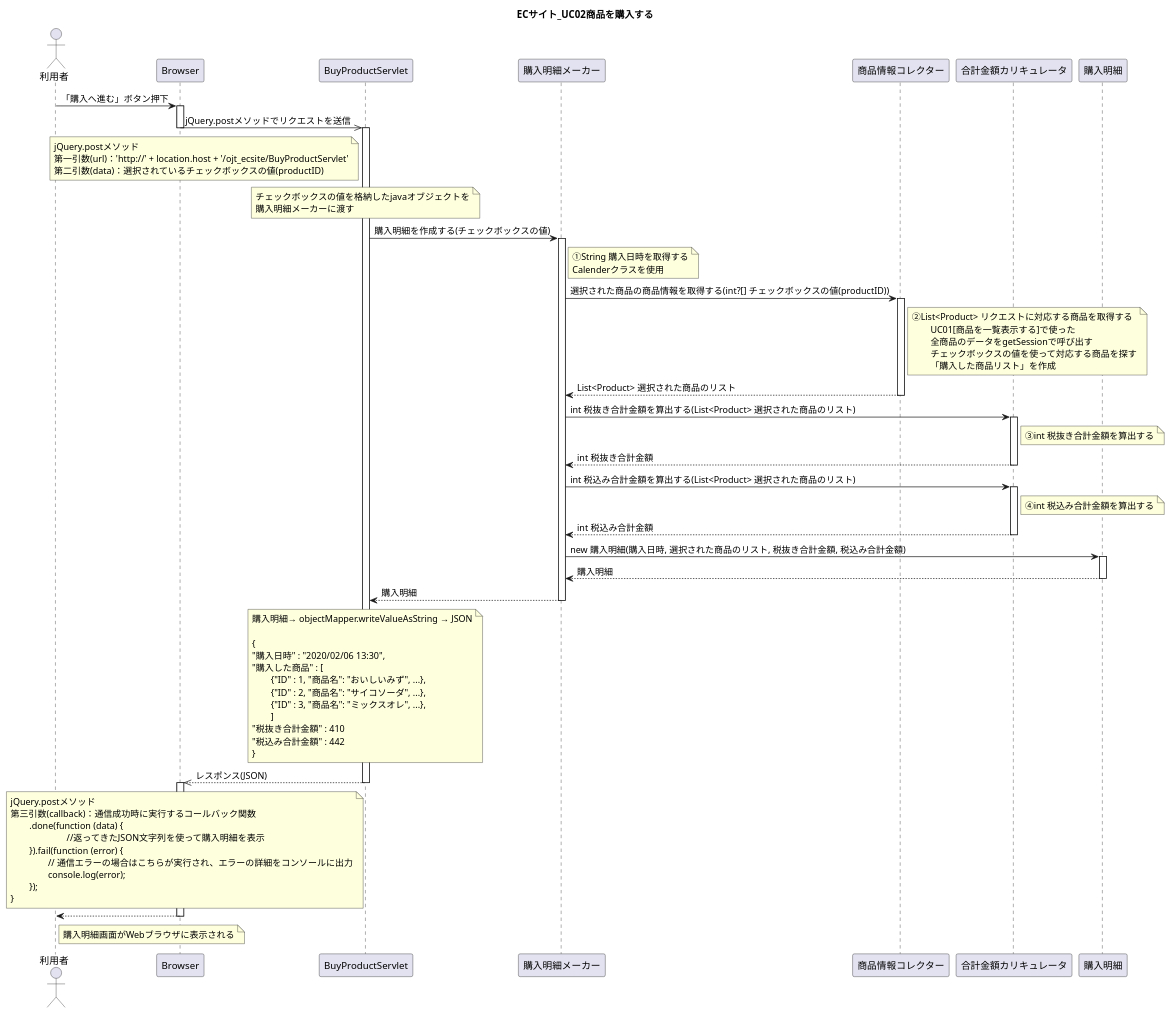
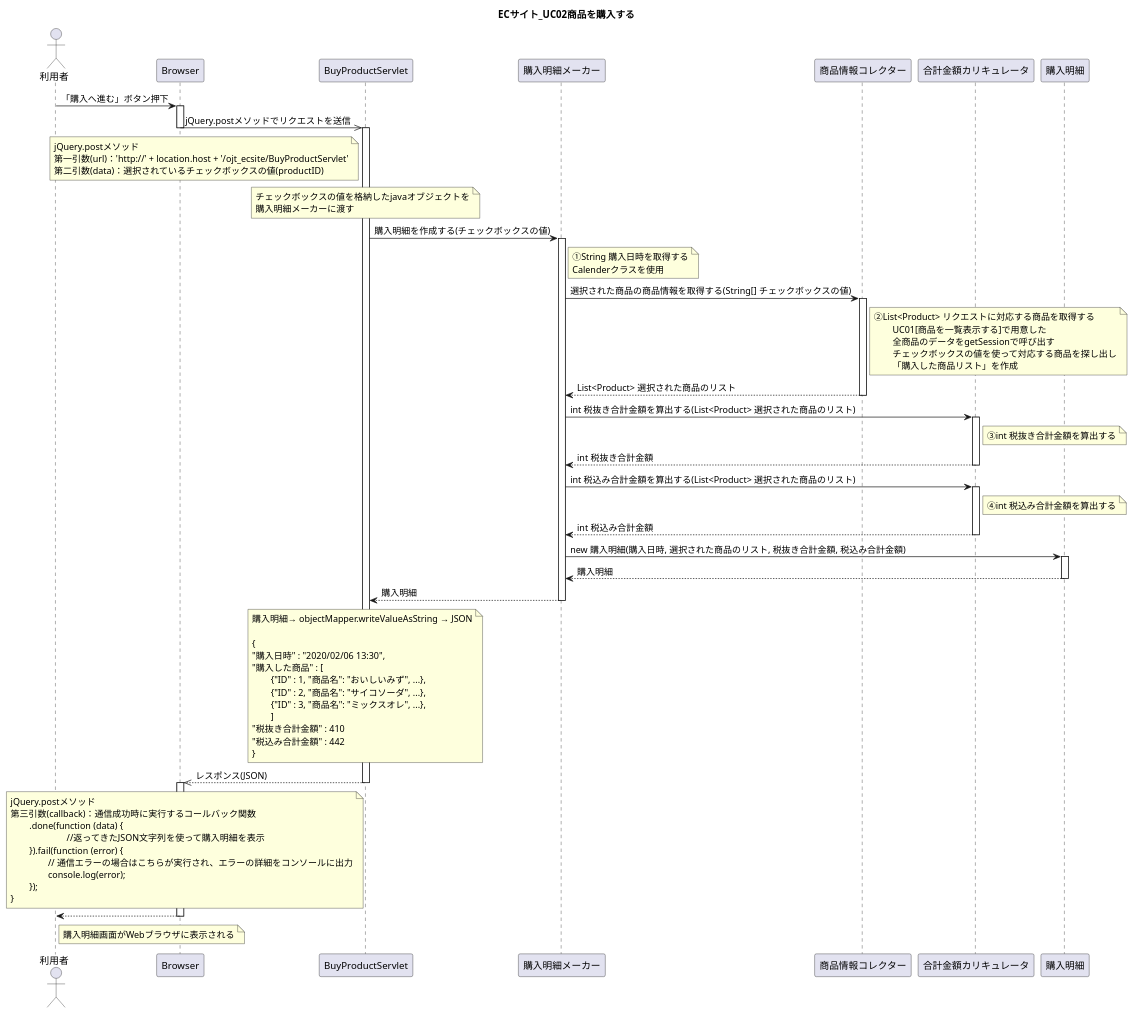
Before and after one commit to wnakayama/ojt_ecsite: the diagram in UML/Sequence02.puml, drawn with PlantUML. The commit also changed 3 other files, not shown here.

Commit message:
クラス図をユースケース毎に分割, セッション管理に関する補足を追加

```diff
--- a/UML/Sequence02.puml
+++ b/UML/Sequence02.puml
@@ -1,109 +1,109 @@
 @startuml
 title ECサイト_UC02商品を購入する
 
 actor 利用者
 
 利用者 -> Browser : 「購入へ進む」ボタン押下
 activate Browser
 
 Browser ->> BuyProductServlet : jQuery.postメソッドでリクエストを送信
 deactivate Browser
 activate BuyProductServlet
 
 	note left of BuyProductServlet
 	jQuery.postメソッド
 	第一引数(url)：'http://' + location.host + '/ojt_ecsite/BuyProductServlet'
 	第二引数(data)：選択されているチェックボックスの値(productID)
 	end note
 
 	note over BuyProductServlet
 	チェックボックスの値を格納したjavaオブジェクトを
 	購入明細メーカーに渡す
 	end note
 
 BuyProductServlet -> 購入明細メーカー : 購入明細を作成する(チェックボックスの値)
 activate 購入明細メーカー
 
 	note right of 購入明細メーカー
 	①String 購入日時を取得する
 	Calenderクラスを使用
 	end note
 
 
-購入明細メーカー -> 商品情報コレクター : 選択された商品の商品情報を取得する(int?[] チェックボックスの値(productID))
+購入明細メーカー -> 商品情報コレクター : 選択された商品の商品情報を取得する(String[] チェックボックスの値)
 activate 商品情報コレクター
 	note right of 商品情報コレクター
 	②List<Product> リクエストに対応する商品を取得する
-		UC01[商品を一覧表示する]で使った
+		UC01[商品を一覧表示する]で用意した
 		全商品のデータをgetSessionで呼び出す
-		チェックボックスの値を使って対応する商品を探す
+		チェックボックスの値を使って対応する商品を探し出し
 		「購入した商品リスト」を作成
 	end note
 購入明細メーカー <-- 商品情報コレクター : List<Product> 選択された商品のリスト
 deactivate 商品情報コレクター
 
 購入明細メーカー -> 合計金額カリキュレータ : int 税抜き合計金額を算出する(List<Product> 選択された商品のリスト)
 activate 合計金額カリキュレータ
 	note right of 合計金額カリキュレータ
 	③int 税抜き合計金額を算出する
 	end note
 購入明細メーカー <-- 合計金額カリキュレータ : int 税抜き合計金額
 deactivate 合計金額カリキュレータ
 
 購入明細メーカー -> 合計金額カリキュレータ : int 税込み合計金額を算出する(List<Product> 選択された商品のリスト)
 activate 合計金額カリキュレータ
 	note right of 合計金額カリキュレータ
 	④int 税込み合計金額を算出する
 	end note
 購入明細メーカー <-- 合計金額カリキュレータ : int 税込み合計金額
 deactivate 合計金額カリキュレータ
 
 
 購入明細メーカー -> 購入明細 : new 購入明細(購入日時, 選択された商品のリスト, 税抜き合計金額, 税込み合計金額)
 activate 購入明細
 購入明細メーカー <-- 購入明細 : 購入明細
 deactivate 購入明細
 
 BuyProductServlet <-- 購入明細メーカー : 購入明細
 deactivate 購入明細メーカー
 
 	note over BuyProductServlet
 	購入明細→ objectMapper.writeValueAsString → JSON
 
 	{
 	"購入日時" : "2020/02/06 13:30",
 	"購入した商品" : [
 		{"ID" : 1, "商品名": "おいしいみず", ...},
 		{"ID" : 2, "商品名": "サイコソーダ", ...},
 		{"ID" : 3, "商品名": "ミックスオレ", ...},
 		]
 	"税抜き合計金額" : 410
 	"税込み合計金額" : 442
 	}
 	end note
 
 Browser <<-- BuyProductServlet : レスポンス(JSON)
 deactivate BuyProductServlet
 activate Browser
 
 	note left of BuyProductServlet
 	jQuery.postメソッド
 	第三引数(callback)：通信成功時に実行するコールバック関数
 		.done(function (data) {
 				//返ってきたJSON文字列を使って購入明細を表示
 		}).fail(function (error) {
 			// 通信エラーの場合はこちらが実行され、エラーの詳細をコンソールに出力
 			console.log(error);
 		});
 	}
 	end note
 
 
 利用者 <-- Browser
 	note right of 利用者
 	購入明細画面がWebブラウザに表示される
 	end note
 
 deactivate Browser
 
 @enduml
```
